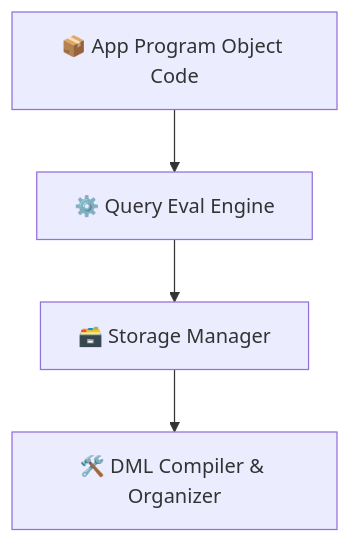
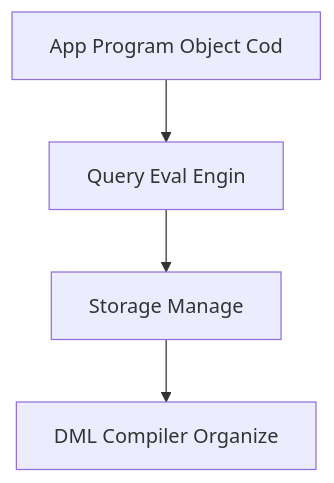
The fourth of 4 diagrams in README.md (cherry0097/Database), drawn with Mermaid before and after one commit. The commit also changed other lines of this file, not shown here.

````diff
--- a/README.md
+++ b/README.md
@@ -113,6 +113,6 @@
 ```mermaid
 graph TD
-  AppCode[📦 App Program Object Code] --> Engine[⚙️ Query Eval Engine]
-  Engine --> Manager[🗃️ Storage Manager]
-  Manager --> Compiler[🛠️ DML Compiler & Organizer]
+  AppCode[App Program Object Cod] --> Engine[Query Eval Engin]
+  Engine --> Manager[Storage Manage]
+  Manager --> Compiler[DML Compiler  Organize]
 ```
````
